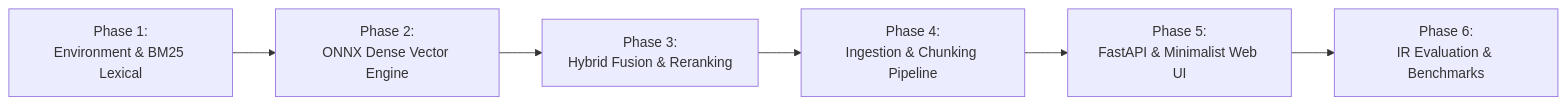
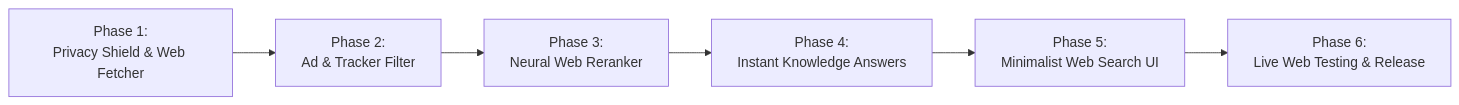
Before and after one commit to aftab125-del/neural-search-engine: the diagram in PHASES.md, drawn with Mermaid. The commit also changed other lines of this file and 15 other files, not shown here.

Commit message:
feat: transform into private ad-free internet search engine with on-device neural reranking

````diff
--- a/PHASES.md
+++ b/PHASES.md
@@ -11,8 +10,8 @@
 ```mermaid
 flowchart LR
-    P1["Phase 1:<br/>Environment & BM25 Lexical"] --> P2["Phase 2:<br/>ONNX Dense Vector Engine"]
-    P2 --> P3["Phase 3:<br/>Hybrid Fusion & Reranking"]
-    P3 --> P4["Phase 4:<br/>Ingestion & Chunking Pipeline"]
-    P4 --> P5["Phase 5:<br/>FastAPI & Minimalist Web UI"]
-    P5 --> P6["Phase 6:<br/>IR Evaluation & Benchmarks"]
+    P1["Phase 1:<br/>Privacy Shield & Web Fetcher"] --> P2["Phase 2:<br/>Ad & Tracker Filter"]
+    P2 --> P3["Phase 3:<br/>Neural Web Reranker"]
+    P3 --> P4["Phase 4:<br/>Instant Knowledge Answers"]
+    P4 --> P5["Phase 5:<br/>Minimalist Web Search UI"]
+    P5 --> P6["Phase 6:<br/>Live Web Testing & Release"]
 ```
````
